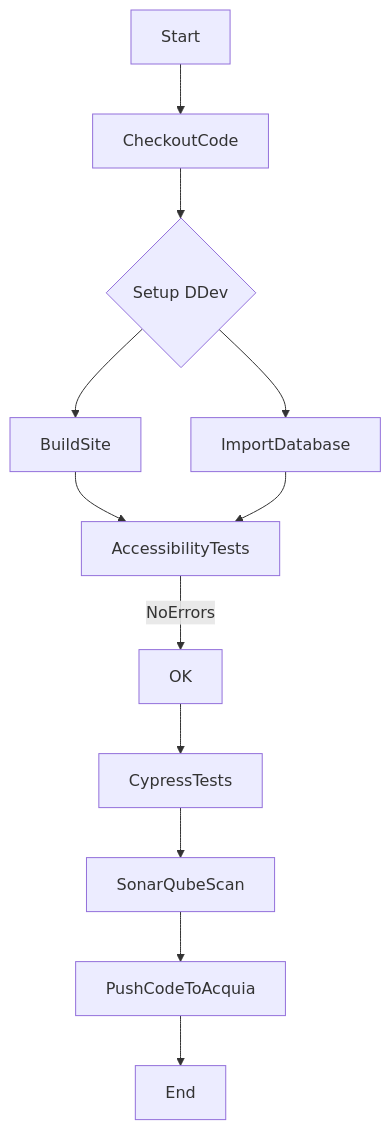
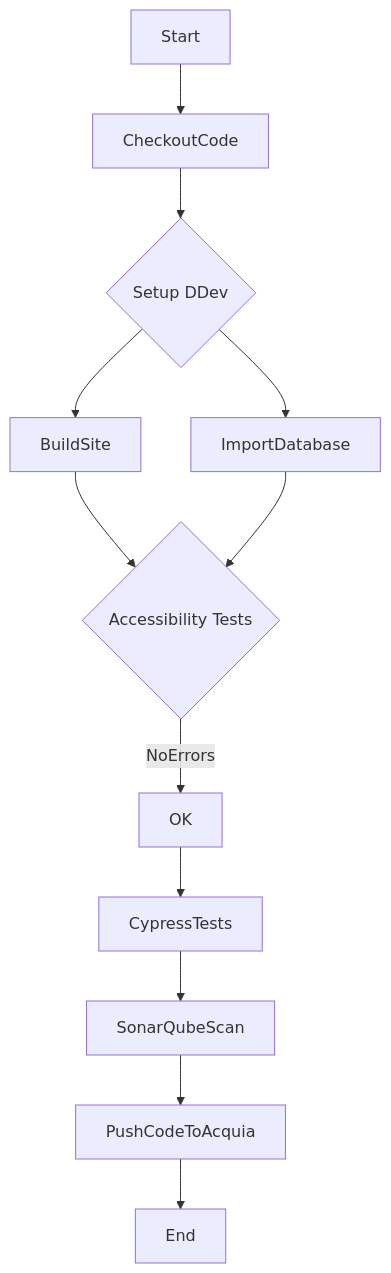
The third of 3 diagrams in workflow.md (mgifford/mermaid-graphs), drawn with Mermaid before and after one commit.

````diff
--- a/workflow.md
+++ b/workflow.md
@@ -38,14 +38,14 @@
 ```mermaid
 graph TD
     Start-->CheckoutCode;
     CheckoutCode-->SetupDDev{Setup DDev};
     SetupDDev-->BuildSite;
     SetupDDev-->ImportDatabase;
     BuildSite-->AccessibilityTests;
-    ImportDatabase-->AccessibilityTests;
+    ImportDatabase-->AccessibilityTests{Accessibility Tests};
     AccessibilityTests --> |NoErrors| AccessibilityTestsOk[OK]
     AccessibilityTestsOk-->CypressTests;
     CypressTests-->SonarQubeScan;
     SonarQubeScan-->PushCodeToAcquia;
     PushCodeToAcquia-->End;
 ```
````
